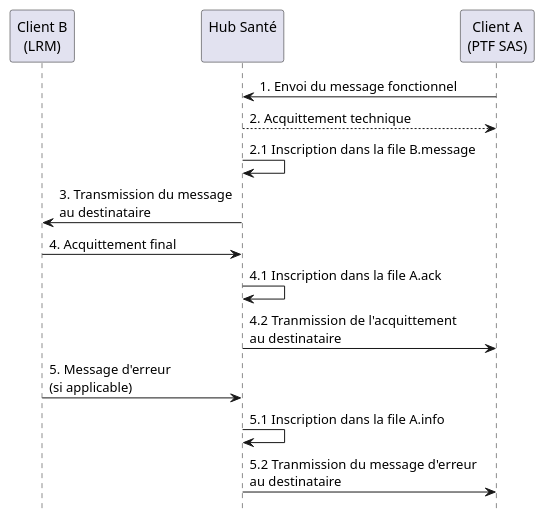
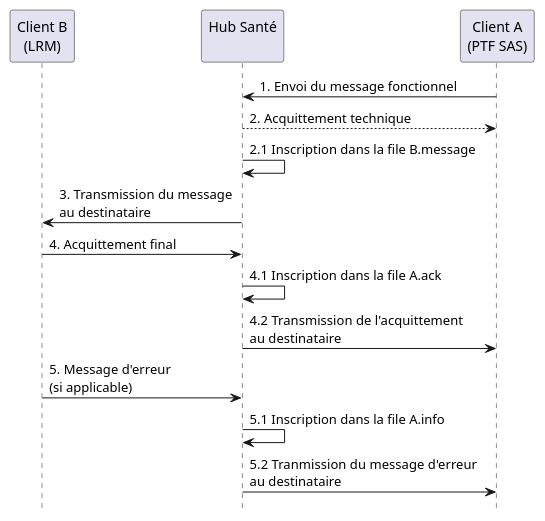
The diagram in input/images-source/diagramme_sequence_hub_detaille.plantuml (ansforge/IG-fhir-service-acces-aux-soins), drawn with PlantUML before and after one commit. The commit also changed 3 other files, not shown here.

```diff
--- a/input/images-source/diagramme_sequence_hub_detaille.plantuml
+++ b/input/images-source/diagramme_sequence_hub_detaille.plantuml
@@ -3,20 +3,20 @@
 @startuml
 
 hide footbox
 
 participant "Client B\n(LRM)" as LRM
 participant "Hub Santé\n" as Hub
 participant "Client A\n(PTF SAS)" as PTF
 
 PTF -> Hub : 1. Envoi du message fonctionnel
 Hub --> PTF : 2. Acquittement technique
 Hub -> Hub : 2.1 Inscription dans la file B.message
 Hub -> LRM : 3. Transmission du message \nau destinataire
 LRM -> Hub : 4. Acquittement final
 Hub -> Hub : 4.1 Inscription dans la file A.ack
-Hub -> PTF : 4.2 Tranmission de l'acquittement \nau destinataire
+Hub -> PTF : 4.2 Transmission de l'acquittement \nau destinataire
 LRM -> Hub : 5. Message d'erreur \n(si applicable)
 Hub -> Hub : 5.1 Inscription dans la file A.info
 Hub -> PTF : 5.2 Tranmission du message d'erreur \nau destinataire
 
 @enduml
```
